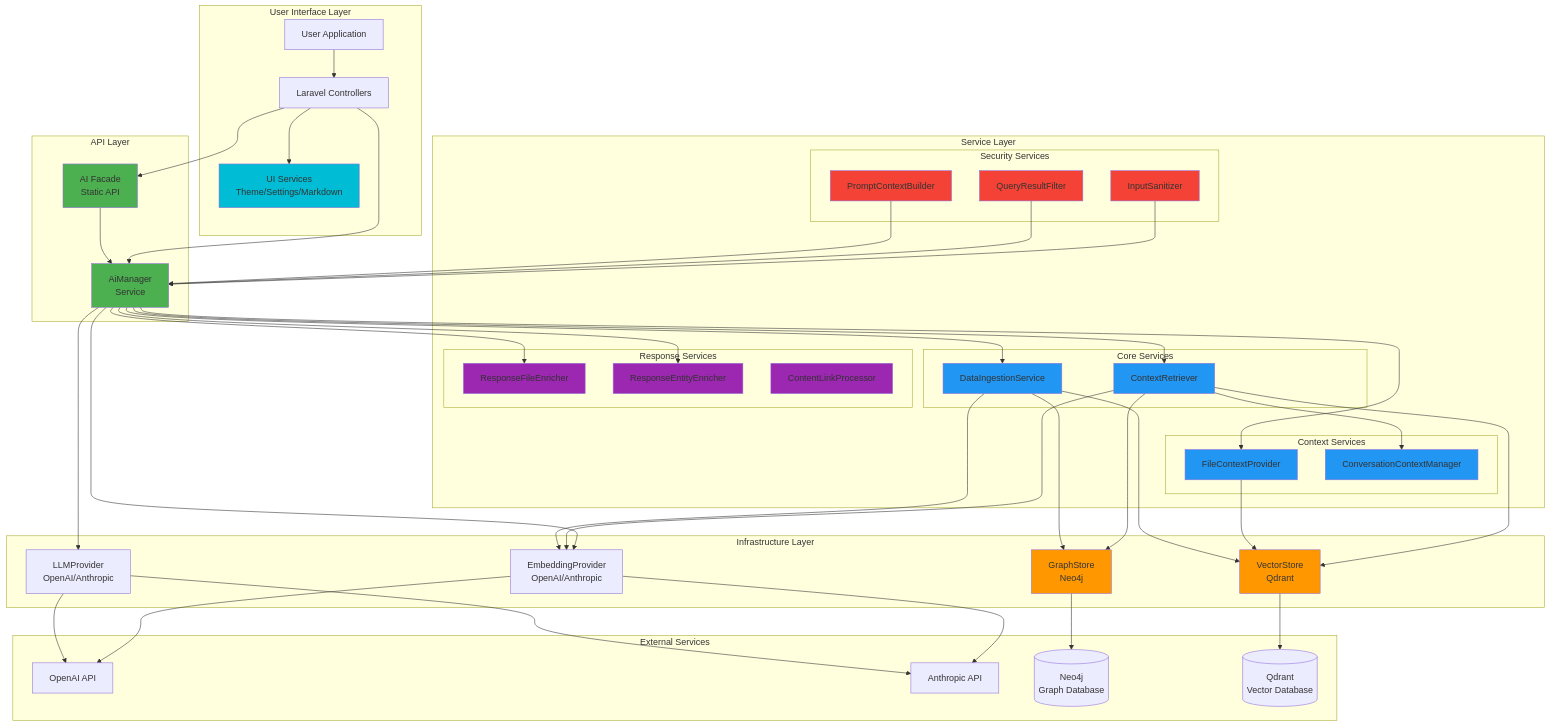
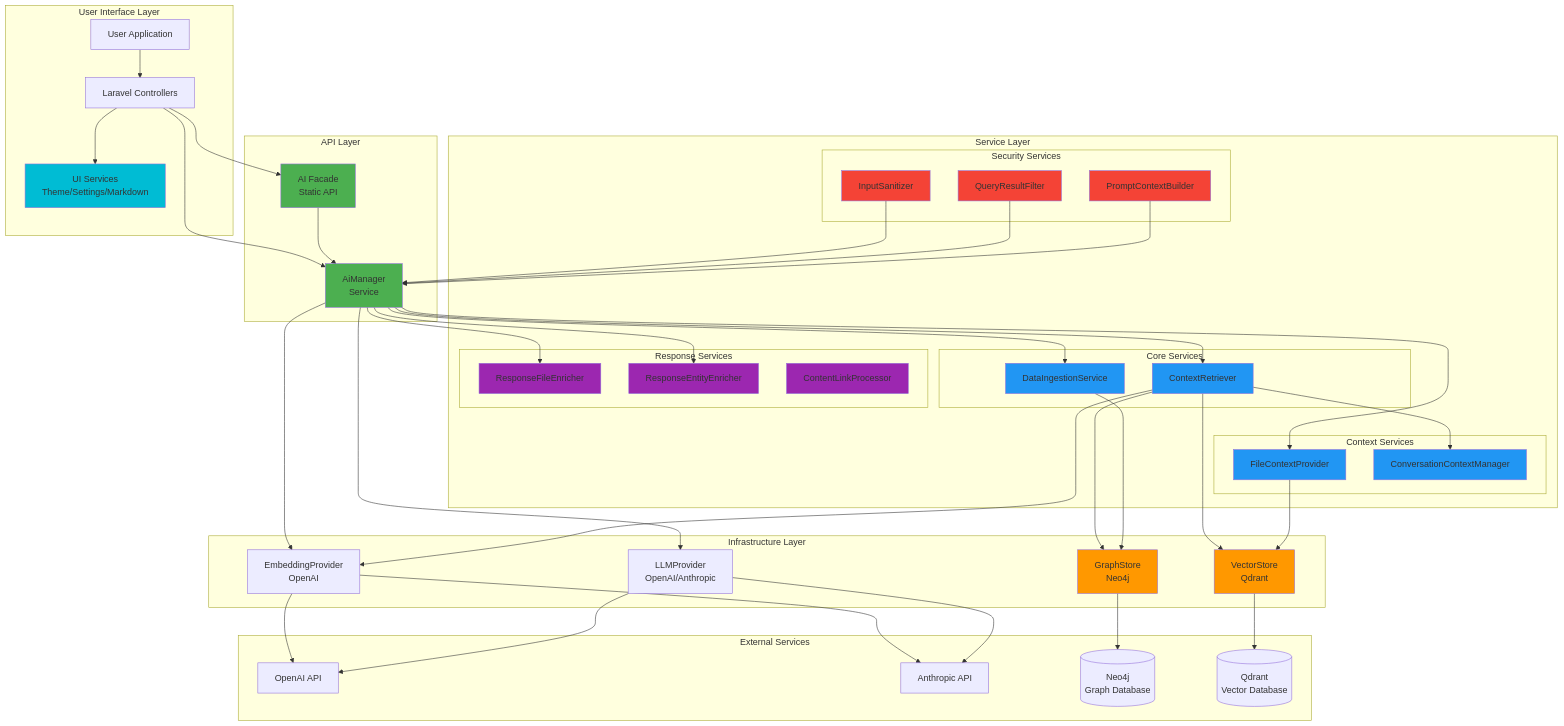
One commit to condoedge/AI changed the first of 3 diagrams in resources/docs/1.0/internals/architecture.md. Above: the diagram before and after it, drawn with Mermaid. The commit also changed other lines of this file and 786 other files, not shown here.

```diff
--- a/resources/docs/1.0/internals/architecture.md
+++ b/resources/docs/1.0/internals/architecture.md
@@ -41,7 +41,7 @@
     end
 
     subgraph "Infrastructure Layer"
-        EP[EmbeddingProvider<br/>OpenAI/Anthropic]
+        EP[EmbeddingProvider<br/>OpenAI]
         LP[LLMProvider<br/>OpenAI/Anthropic]
         VS[VectorStore<br/>Qdrant]
         GS[GraphStore<br/>Neo4j]
@@ -75,8 +75,6 @@
 
     FCP --> VS
 
-    DIS --> EP
-    DIS --> VS
     DIS --> GS
 
     IS --> Manager
```
